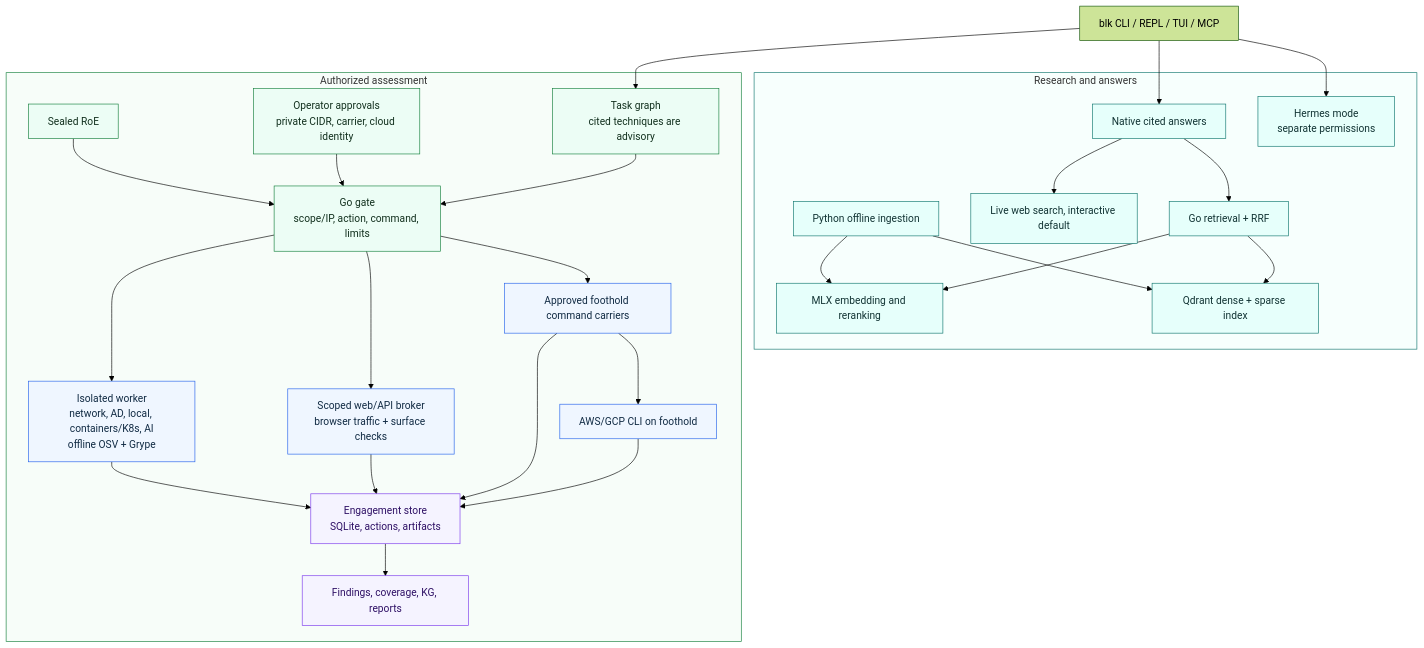
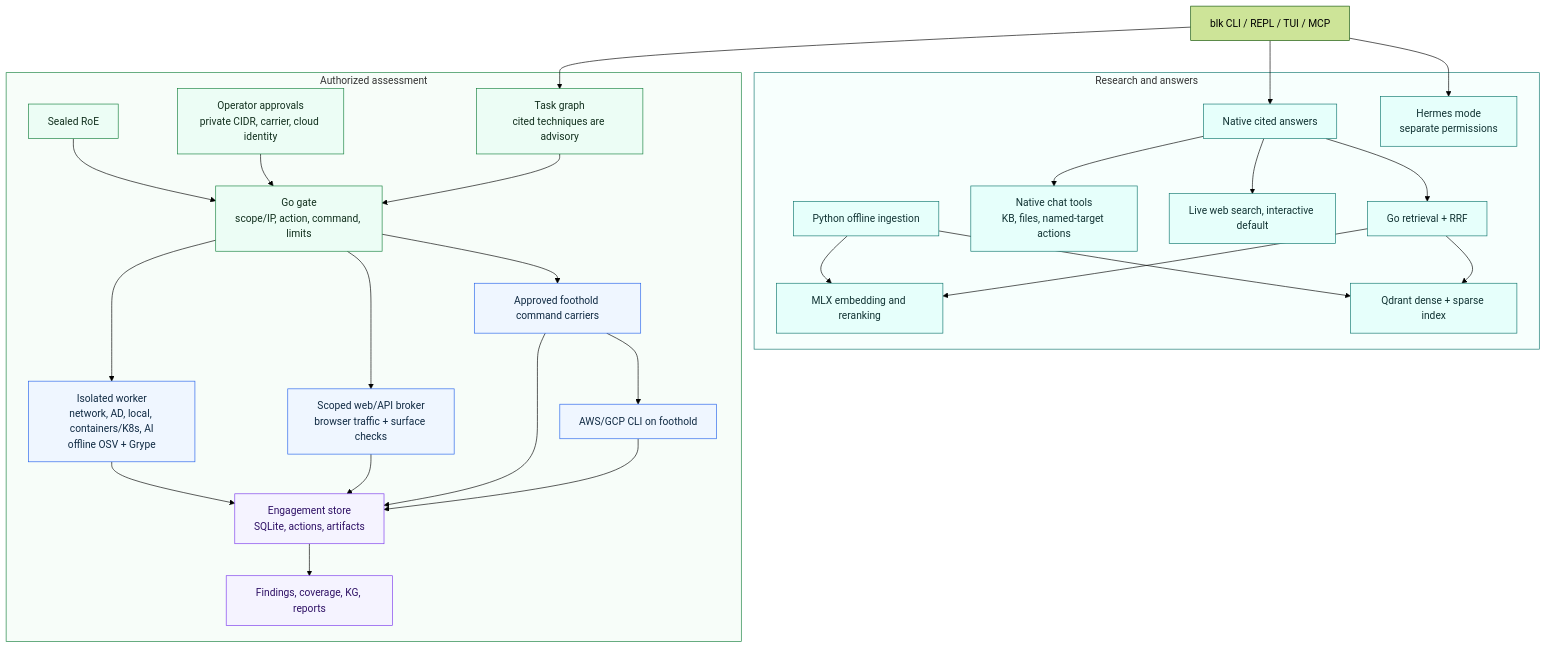
The diagram in docs/ARCHITECTURE.md (abelreqma/blkchain), drawn with Mermaid (forest theme) before and after one commit. The commit also changed other lines of this file and 10 other files, not shown here.

Commit message:
feat(chat): add target-bound native toolsets

````diff
--- a/docs/ARCHITECTURE.md
+++ b/docs/ARCHITECTURE.md
@@ -17,60 +21,62 @@
 ```mermaid
 flowchart TB
   Entry["blk CLI / REPL / TUI / MCP"]
 
   subgraph Research["Research and answers"]
     Index["Python offline ingestion"]
     MLX["MLX embedding and reranking"]
     Qdrant["Qdrant dense + sparse index"]
     Native["Native cited answers"]
+    ChatTools["Native chat tools<br/>KB, files, named-target actions"]
     Web["Live web search, interactive default"]
     Retrieval["Go retrieval + RRF"]
     Hermes["Hermes mode<br/>separate permissions"]
   end
 
   subgraph Assessment["Authorized assessment"]
     Roe["Sealed RoE"]
     Approval["Operator approvals<br/>private CIDR, carrier, cloud identity"]
     Plan["Task graph<br/>cited techniques are advisory"]
     Gate["Go gate<br/>scope/IP, action, command, limits"]
     Worker["Isolated worker<br/>network, AD, local, containers/K8s, AI<br/>offline OSV + Grype"]
     Broker["Scoped web/API broker<br/>browser traffic + surface checks"]
     Pivot["Approved foothold command carriers"]
     Cloud["AWS/GCP CLI on foothold"]
     Store["Engagement store<br/>SQLite, actions, artifacts"]
     Review["Findings, coverage, KG, reports"]
   end
 
   Entry --> Native
   Entry --> Hermes
   Entry --> Plan
   Index --> MLX
   Index --> Qdrant
   Native --> Retrieval
+  Native --> ChatTools
   Native --> Web
   Retrieval --> MLX
   Retrieval --> Qdrant
   Roe --> Gate
   Approval --> Gate
   Plan --> Gate
   Gate --> Worker
   Gate --> Broker
   Gate --> Pivot
   Pivot --> Cloud
   Worker --> Store
   Broker --> Store
   Pivot --> Store
   Cloud --> Store
   Store --> Review
 
   style Research fill:#f7fffd,stroke:#0f766e,stroke-width:1px
   style Assessment fill:#f7fdf9,stroke:#15803d,stroke-width:1px
   classDef research fill:#e6fffb,stroke:#0f766e,color:#123434,font-size:16px
   classDef control fill:#ecfdf5,stroke:#15803d,color:#12301e,font-size:16px
   classDef execution fill:#eff6ff,stroke:#2563eb,color:#102a43,font-size:16px
   classDef evidence fill:#f5f3ff,stroke:#7c3aed,color:#2e1065,font-size:16px
-  class Index,MLX,Qdrant,Native,Web,Retrieval,Hermes research
+  class Index,MLX,Qdrant,Native,ChatTools,Web,Retrieval,Hermes research
   class Roe,Approval,Plan,Gate control
   class Worker,Broker,Pivot,Cloud execution
   class Store,Review evidence
 ```
````
